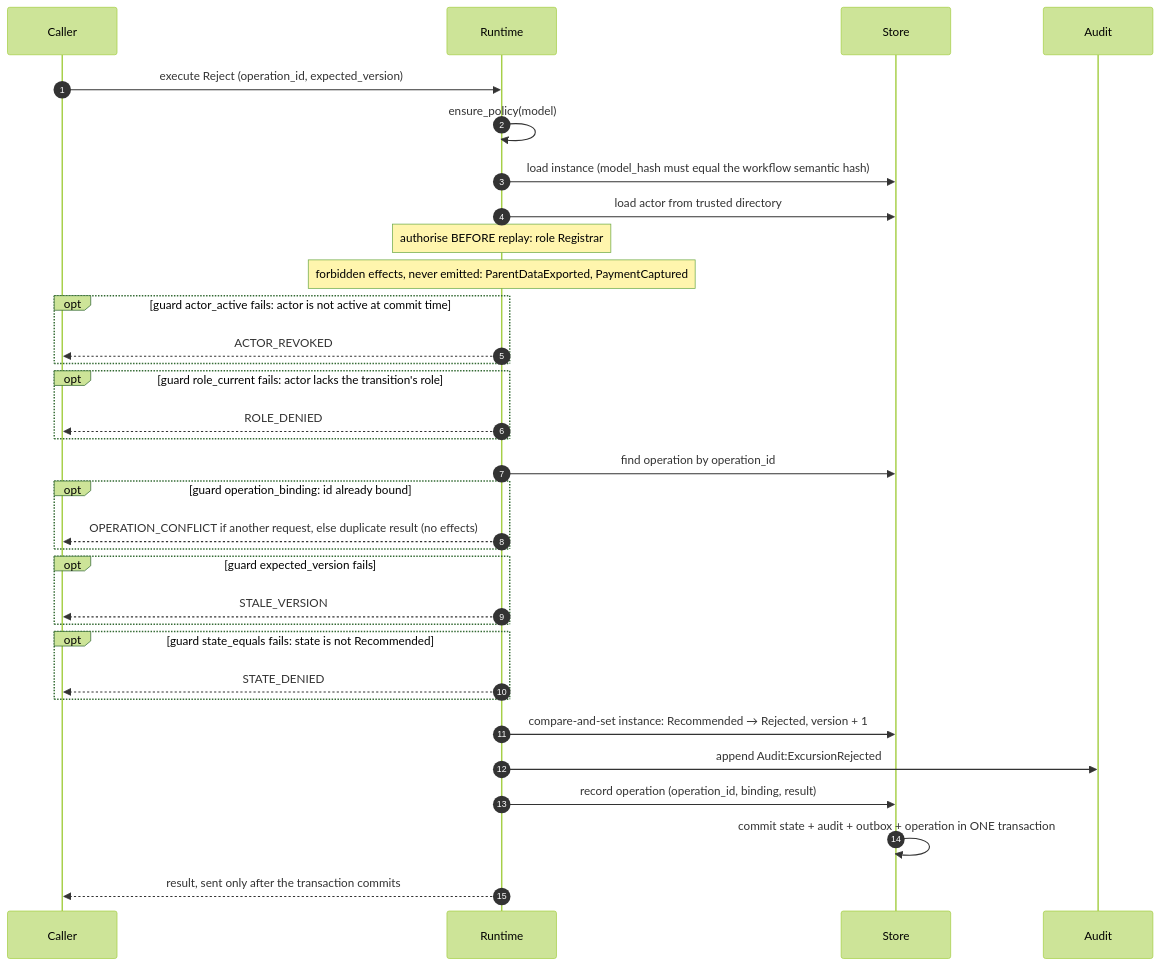
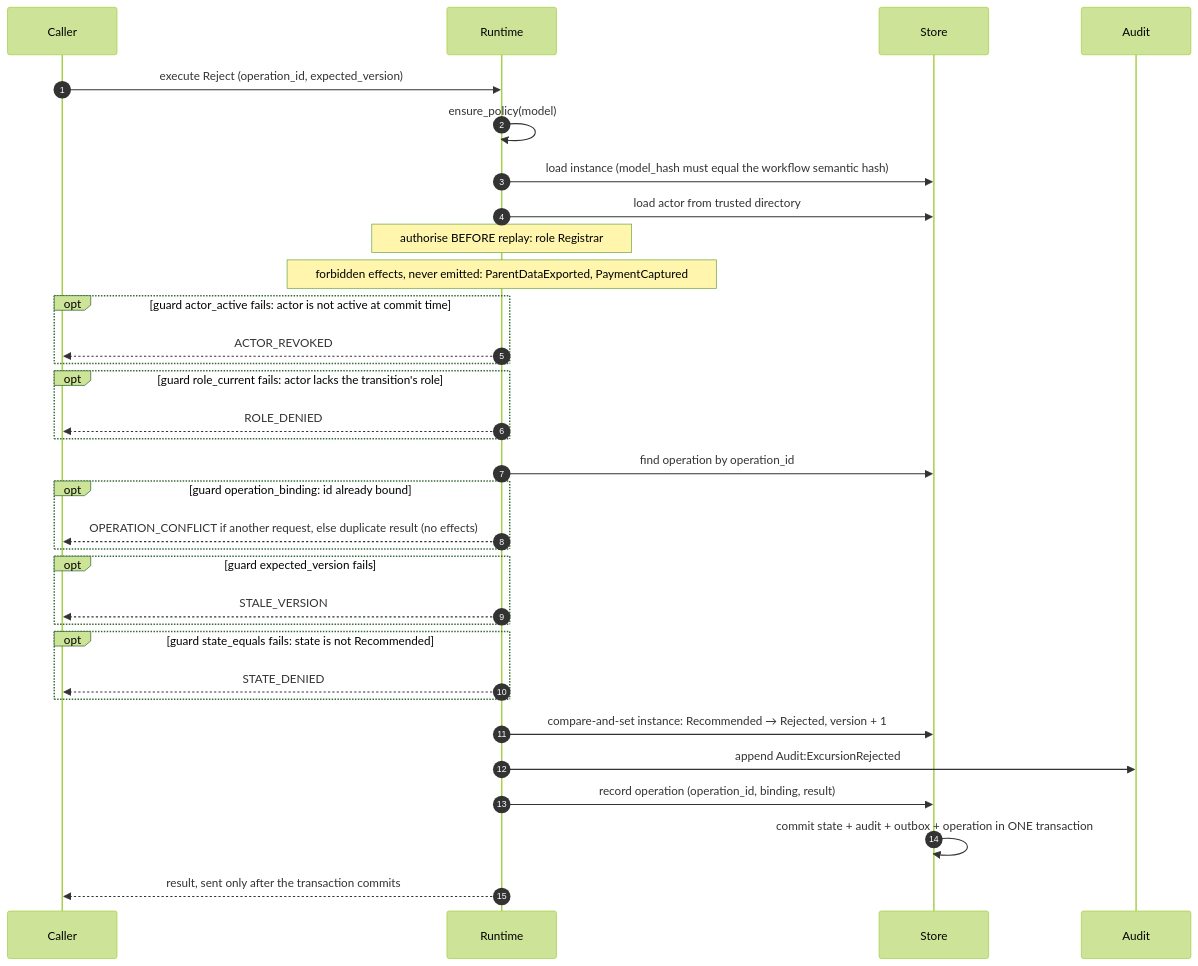
One commit to 45ck/eija-studio changed the diagram in docs/diagrams/sequence-reject.md. Above: the diagram before and after it, drawn with Mermaid (forest theme). The commit also changed 37 other files, not shown here.

````diff
--- a/docs/diagrams/sequence-reject.md
+++ b/docs/diagrams/sequence-reject.md
@@ -6,36 +6,36 @@
 ```mermaid
 %% eija: workflow: workflow excursion semantic_hash=b26c9af5ae4cd958099956232721a70e73cb7e6efe1b213ff32417829b588e56
 sequenceDiagram
     autonumber
     participant Caller
     participant Runtime
     participant Store
     participant Audit
     Caller->>Runtime: execute Reject (operation_id, expected_version)
     Runtime->>Runtime: ensure_policy(model)
     Runtime->>Store: load instance (model_hash must equal the workflow semantic hash)
     Runtime->>Store: load actor from trusted directory
-    Note over Runtime: authorise BEFORE replay: role Registrar
-    Note over Runtime: forbidden effects, never emitted: ParentDataExported, PaymentCaptured
-    opt guard actor_active fails: actor is not active at commit time
+    Note over Runtime: authorise BEFORE replay#58; role Registrar
+    Note over Runtime: forbidden effects, never emitted#58; ParentDataExported, PaymentCaptured
+    opt guard actor_active fails#58; actor is not active at commit time
         Runtime-->>Caller: ACTOR_REVOKED
     end
-    opt guard role_current fails: actor lacks the transition's role
+    opt guard role_current fails#58; actor lacks the transition's role
         Runtime-->>Caller: ROLE_DENIED
     end
     Runtime->>Store: find operation by operation_id
-    opt guard operation_binding: id already bound
+    opt guard operation_binding#58; id already bound
         Runtime-->>Caller: OPERATION_CONFLICT if another request, else duplicate result (no effects)
     end
     opt guard expected_version fails
         Runtime-->>Caller: STALE_VERSION
     end
-    opt guard state_equals fails: state is not Recommended
+    opt guard state_equals fails#58; state is not Recommended
         Runtime-->>Caller: STATE_DENIED
     end
-    Runtime->>Store: compare-and-set instance: Recommended → Rejected, version + 1
-    Runtime->>Audit: append Audit:ExcursionRejected
+    Runtime->>Store: compare-and-set instance#58; Recommended → Rejected, version + 1
+    Runtime->>Audit: append Audit#58;ExcursionRejected
     Runtime->>Store: record operation (operation_id, binding, result)
     Store->>Store: commit state + audit + outbox + operation in ONE transaction
     Runtime-->>Caller: result, sent only after the transaction commits
 ```
````
